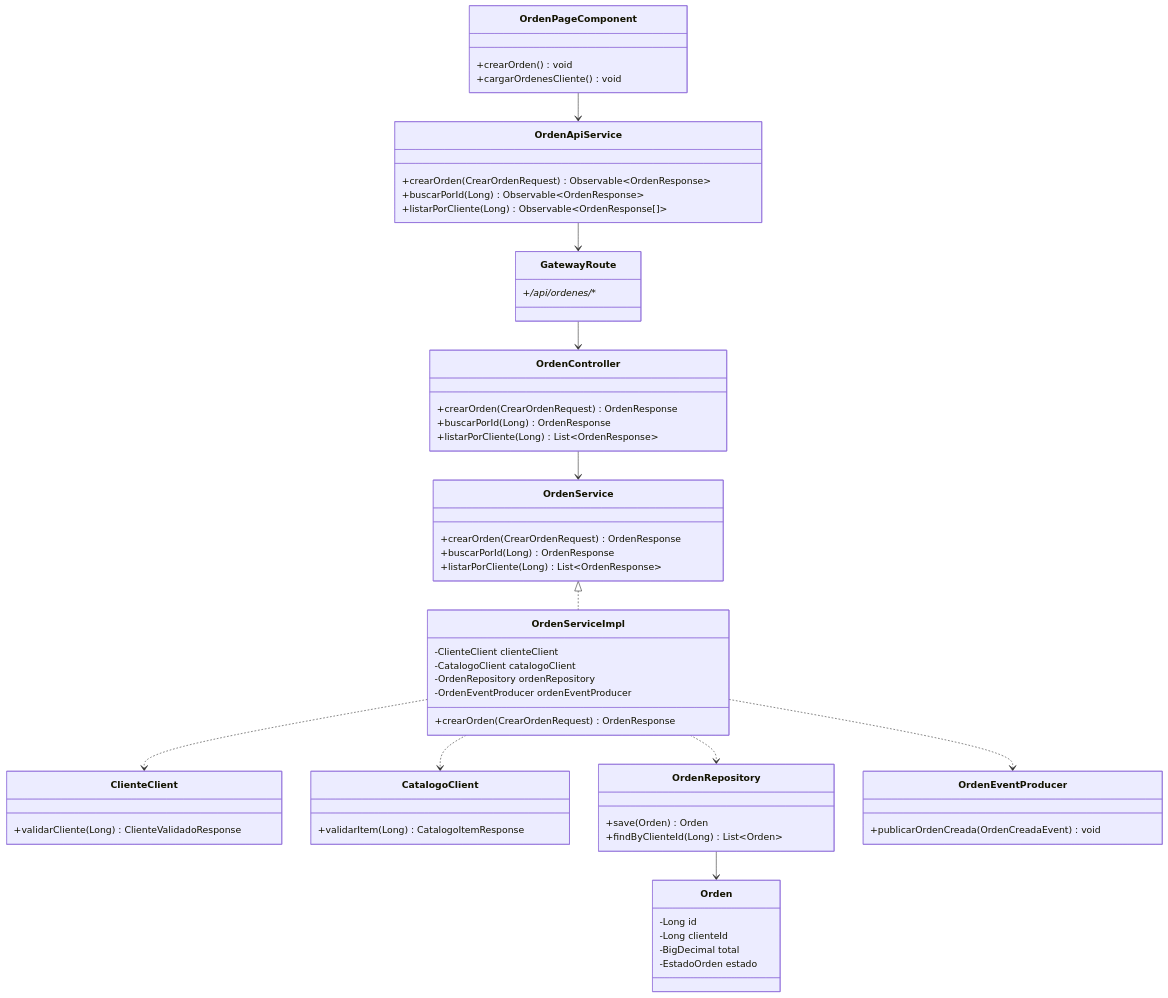
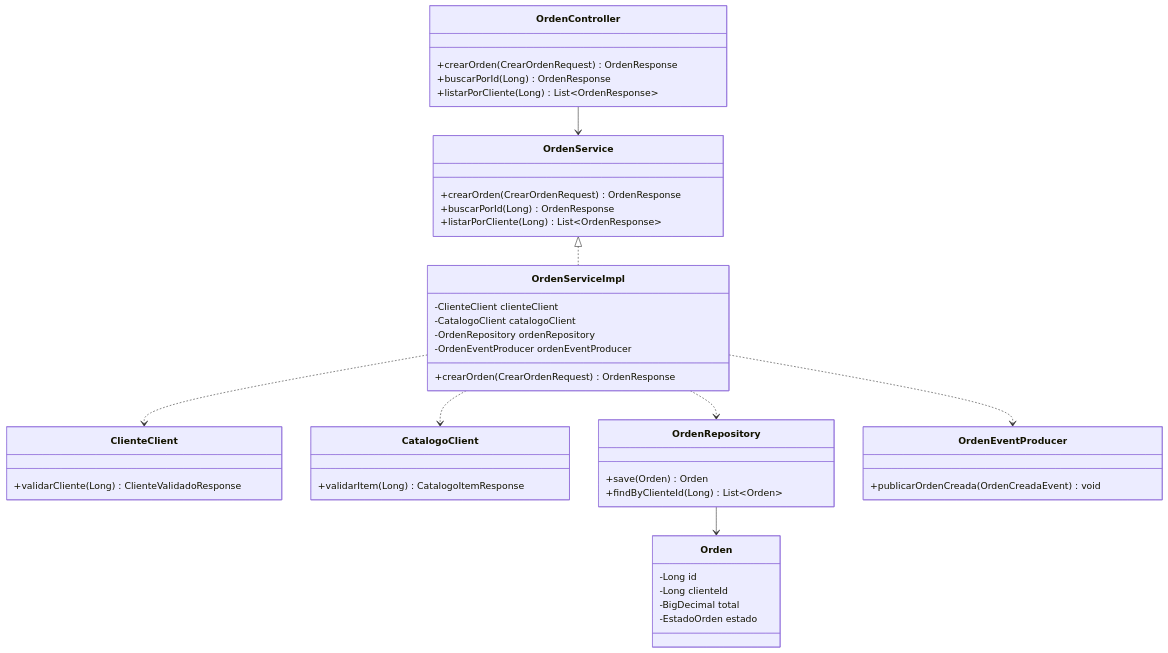
The seventh of 10 diagrams in README.md (262dist/pagatu), drawn with Mermaid before and after one commit. The commit also changed other lines of this file, not shown here.

````diff
--- a/README.md
+++ b/README.md
@@ -266,72 +266,54 @@
 ```mermaid
 classDiagram
-    class OrdenPageComponent {
-        +crearOrden() void
-        +cargarOrdenesCliente() void
-    }
-
-    class OrdenApiService {
-        +crearOrden(CrearOrdenRequest) Observable~OrdenResponse~
-        +buscarPorId(Long) Observable~OrdenResponse~
-        +listarPorCliente(Long) Observable~OrdenResponse[]~
-    }
-
-    class GatewayRoute {
-        +/api/ordenes/**
-    }
-
     class OrdenController {
         +crearOrden(CrearOrdenRequest) OrdenResponse
         +buscarPorId(Long) OrdenResponse
         +listarPorCliente(Long) List~OrdenResponse~
     }
 
     class OrdenService {
         +crearOrden(CrearOrdenRequest) OrdenResponse
         +buscarPorId(Long) OrdenResponse
         +listarPorCliente(Long) List~OrdenResponse~
     }
 
     class OrdenServiceImpl {
         -ClienteClient clienteClient
         -CatalogoClient catalogoClient
         -OrdenRepository ordenRepository
         -OrdenEventProducer ordenEventProducer
         +crearOrden(CrearOrdenRequest) OrdenResponse
     }
 
     class ClienteClient {
         +validarCliente(Long) ClienteValidadoResponse
     }
 
     class CatalogoClient {
         +validarItem(Long) CatalogoItemResponse
     }
 
     class OrdenRepository {
         +save(Orden) Orden
         +findByClienteId(Long) List~Orden~
     }
 
     class OrdenEventProducer {
         +publicarOrdenCreada(OrdenCreadaEvent) void
     }
 
     class Orden {
         -Long id
         -Long clienteId
         -BigDecimal total
         -EstadoOrden estado
     }
 
-    OrdenPageComponent --> OrdenApiService
-    OrdenApiService --> GatewayRoute
-    GatewayRoute --> OrdenController
     OrdenController --> OrdenService
     OrdenService <|.. OrdenServiceImpl
     OrdenServiceImpl ..> ClienteClient
     OrdenServiceImpl ..> CatalogoClient
     OrdenServiceImpl ..> OrdenRepository
     OrdenServiceImpl ..> OrdenEventProducer
     OrdenRepository --> Orden
 ```
````
